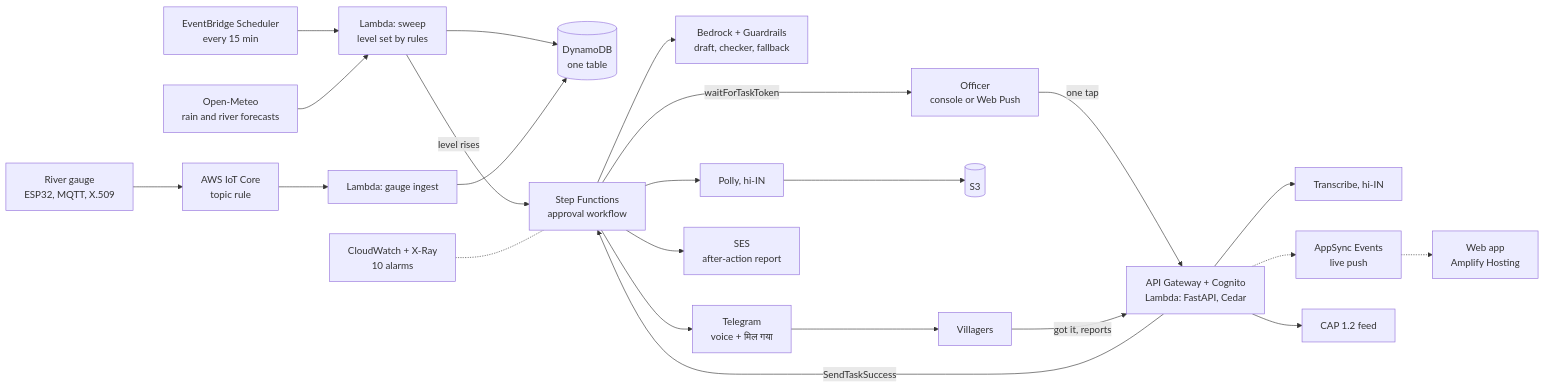
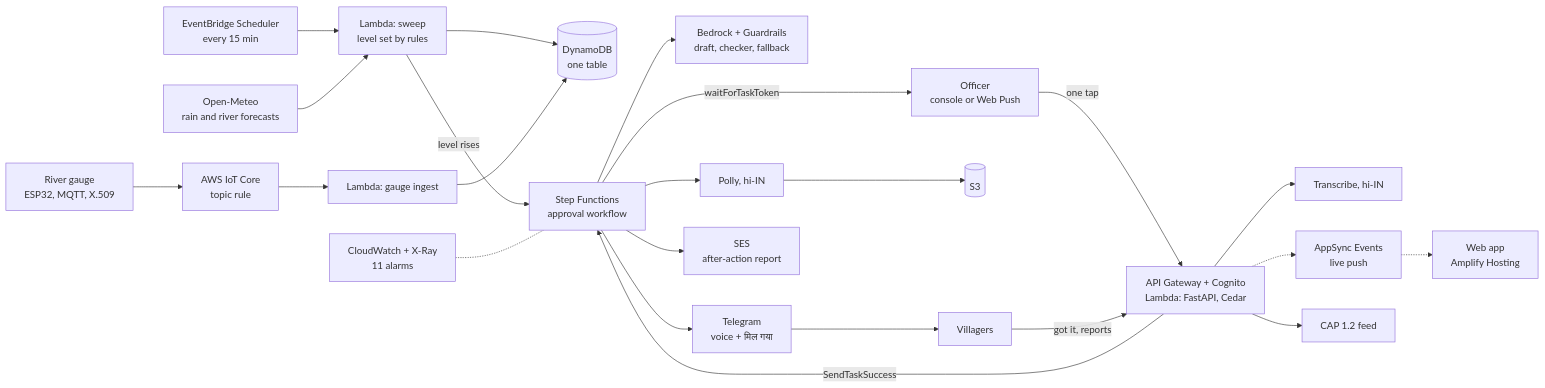
Before and after one commit to Prashant-thakur77/pukaar: the diagram in README.md, drawn with Mermaid. The commit also changed other lines of this file and 36 other files, not shown here.

````diff
--- a/README.md
+++ b/README.md
@@ -242,21 +242,21 @@
 ```mermaid
 flowchart LR
   EB["EventBridge Scheduler<br/>every 15 min"] --> SW["Lambda: sweep<br/>level set by rules"]
   OM["Open-Meteo<br/>rain and river forecasts"] --> SW
   GA["River gauge<br/>ESP32, MQTT, X.509"] --> IOT["AWS IoT Core<br/>topic rule"] --> GI["Lambda: gauge ingest"]
   SW --> DB[("DynamoDB<br/>one table")]
   GI --> DB
   SW -- "level rises" --> SF["Step Functions<br/>approval workflow"]
   SF --> BR["Bedrock + Guardrails<br/>draft, checker, fallback"]
   SF -- "waitForTaskToken" --> OF["Officer<br/>console or Web Push"]
   OF -- "one tap" --> API["API Gateway + Cognito<br/>Lambda: FastAPI, Cedar"]
   API -- "SendTaskSuccess" --> SF
   SF --> PO["Polly, hi-IN"] --> S3[("S3")]
   SF --> TG["Telegram<br/>voice + मिल गया"] --> VI["Villagers"]
   VI -- "got it, reports" --> API
   API --> TR["Transcribe, hi-IN"]
   API -.-> AS["AppSync Events<br/>live push"] -.-> WEB["Web app<br/>Amplify Hosting"]
   API --> CAP["CAP 1.2 feed"]
   SF --> SES["SES<br/>after-action report"]
-  CW["CloudWatch + X-Ray<br/>10 alarms"] -.- SF
+  CW["CloudWatch + X-Ray<br/>11 alarms"] -.- SF
 ```
````
